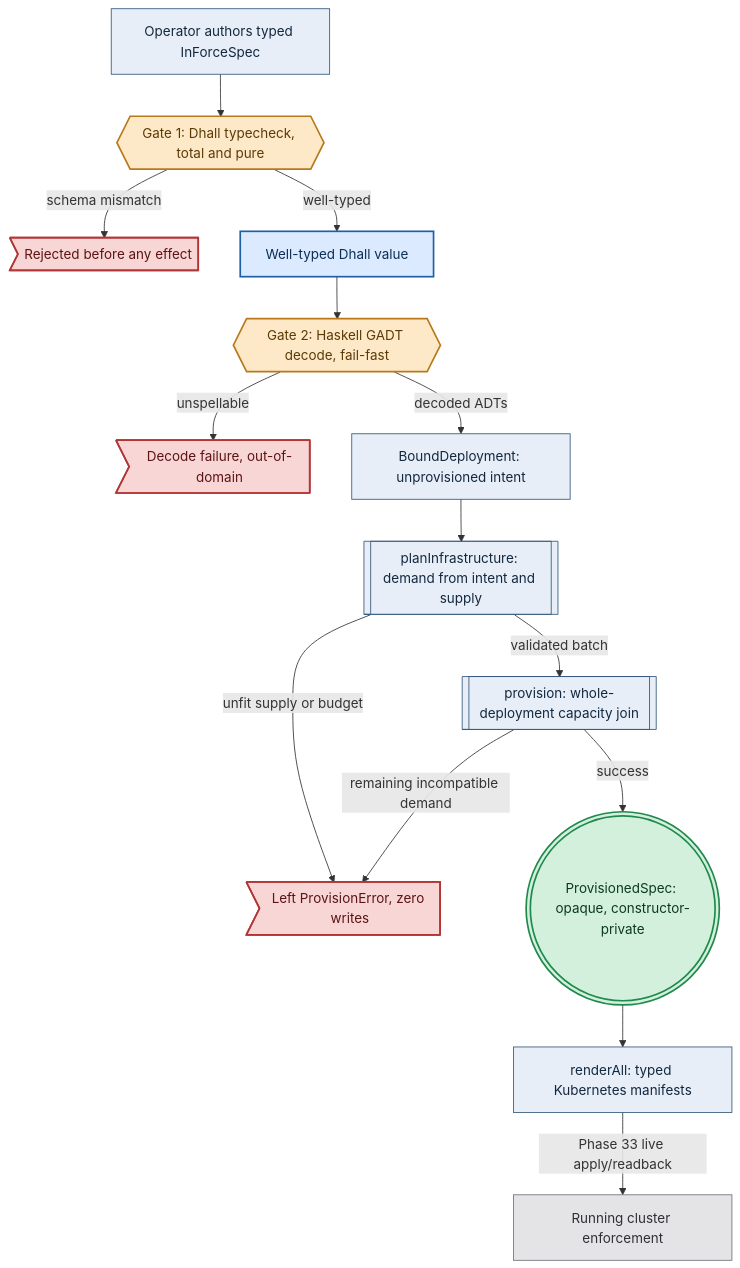
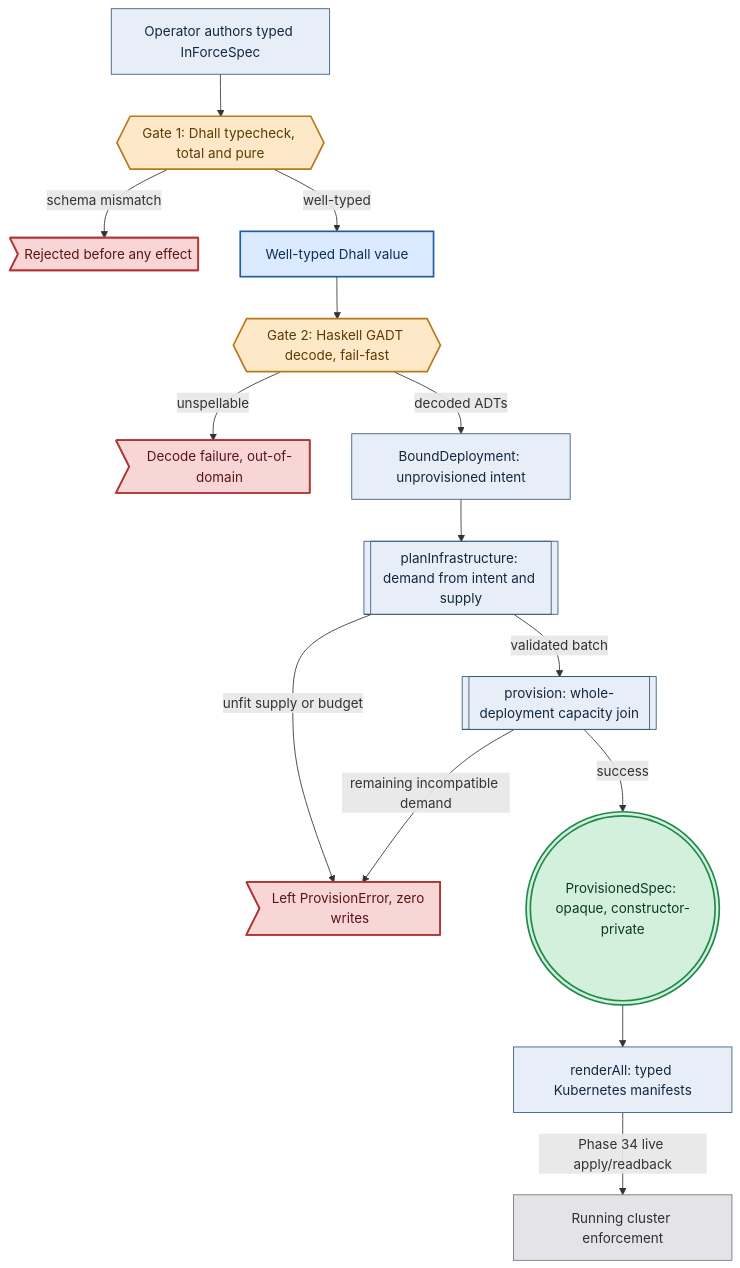
Before and after one commit to Tuee22/amoebius: the fourth of 4 diagrams in documents/engineering/dsl_doctrine.md, drawn with Mermaid. The commit also changed other lines of this file and 179 other files, not shown here.

````diff
--- a/documents/engineering/dsl_doctrine.md
+++ b/documents/engineering/dsl_doctrine.md
@@ -608,38 +608,38 @@
 ```mermaid
 flowchart TD
 %% register: algebra
   author["Operator authors typed InForceSpec"]:::intent
   g1{{"Gate 1: Dhall typecheck, total and pure"}}:::gate
   typed["Well-typed Dhall value"]:::provenPB
   g2{{"Gate 2: Haskell GADT decode, fail-fast"}}:::gate
   bound["BoundDeployment: unprovisioned intent"]:::intent
   plan[["planInfrastructure: demand from intent and supply"]]:::intent
   prov[["provision: whole-deployment capacity join"]]:::intent
   sealed((("ProvisionedSpec: opaque, constructor-private"))):::seal
   render["renderAll: typed Kubernetes manifests"]:::intent
   live["Running cluster enforcement"]:::runtime
   rej1>"Rejected before any effect"]:::refuse
   rej2>"Decode failure, out-of-domain"]:::refuse
   rej3>"Left ProvisionError, zero writes"]:::refuse
   author --> g1
   g1 -->|"schema mismatch"| rej1
   g1 -->|"well-typed"| typed
   typed --> g2
   g2 -->|"unspellable"| rej2
   g2 -->|"decoded ADTs"| bound
   bound --> plan
   plan -->|"unfit supply or budget"| rej3
   plan -->|"validated batch"| prov
   prov -->|"remaining incompatible demand"| rej3
   prov -->|"success"| sealed
   sealed --> render
-  render -->|"Phase 33 live apply/readback"| live
+  render -->|"Phase 34 live apply/readback"| live
   classDef intent   fill:#e8eef7,stroke:#33587a,color:#12283f,stroke-width:1px
   classDef provenPB fill:#dbeafe,stroke:#1e5fa8,color:#0b2f57,stroke-width:2px
   classDef gate     fill:#fde9c8,stroke:#b8791b,color:#5c3a06,stroke-width:2px
   classDef decision fill:#fdf3d8,stroke:#b8791b,color:#5c3a06,stroke-width:1px
   classDef effect   fill:#e7ddf5,stroke:#6b3fa0,color:#2f1a52,stroke-width:2px
   classDef seal     fill:#d3f0dd,stroke:#1f8a4c,color:#0c3a1f,stroke-width:2px
   classDef refuse   fill:#f8d6d6,stroke:#b23636,color:#5c1414,stroke-width:2px
   classDef runtime  fill:#e4e4e7,stroke:#71717a,color:#2f2f35,stroke-width:1px
 ```
````
